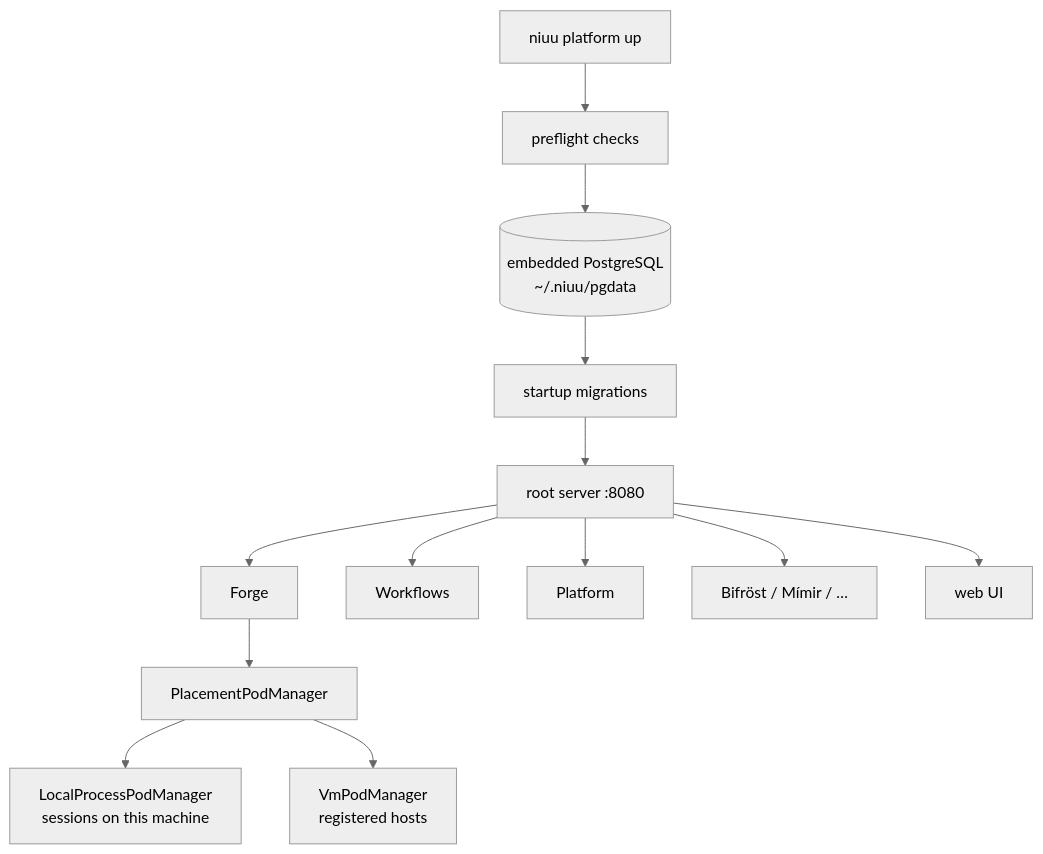
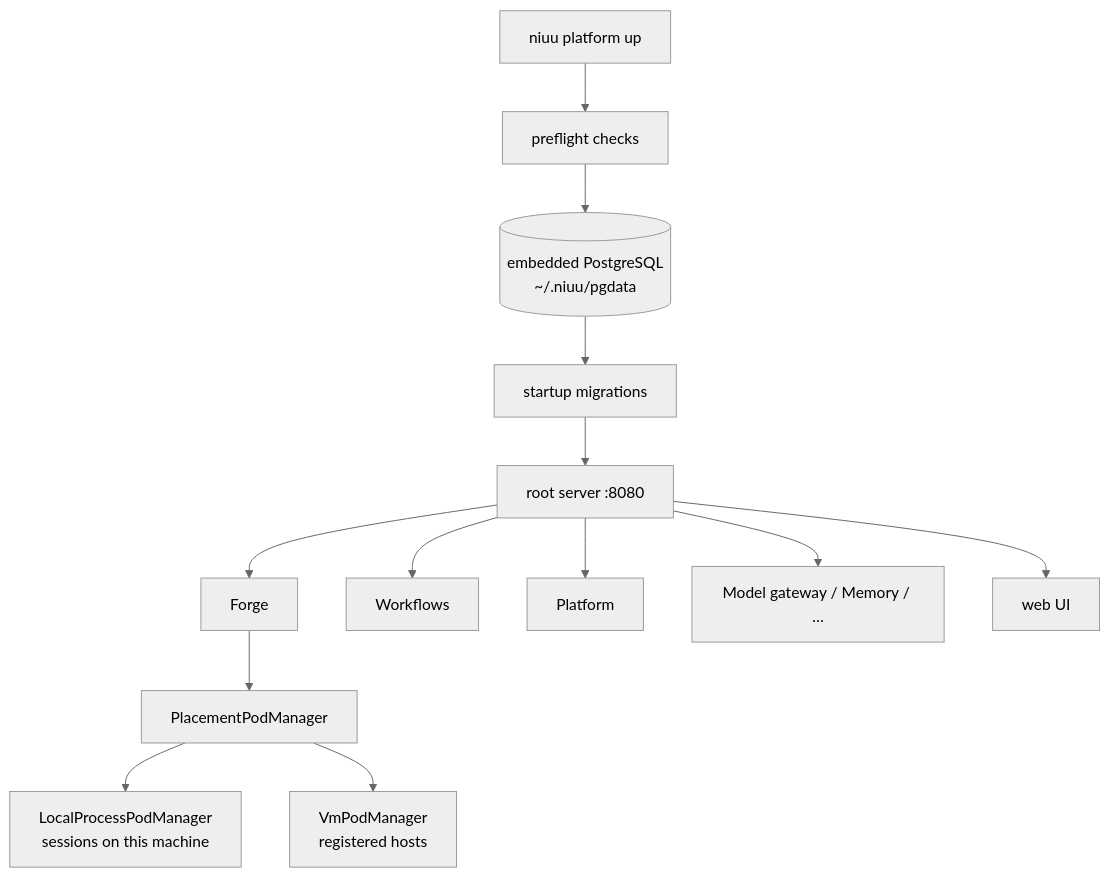
Before and after one commit to niuulabs/niuu: the diagram in docs/site/architecture/deployment/single-host.md, drawn with Mermaid (neutral theme). The commit also changed other lines of this file and 65 other files, not shown here.

````diff
--- a/docs/site/architecture/deployment/single-host.md
+++ b/docs/site/architecture/deployment/single-host.md
@@ -24,15 +24,15 @@
 ```mermaid
 flowchart TB
   CLI["niuu platform up"] --> PF["preflight checks"]
   PF --> PG[("embedded PostgreSQL<br/>~/.niuu/pgdata")]
   PG --> MIG["startup migrations"]
   MIG --> RS["root server :8080"]
   RS --> F["Forge"]
   RS --> T["Workflows"]
   RS --> G["Platform"]
-  RS --> B["Bifröst / Mímir / …"]
+  RS --> B["Model gateway / Memory / …"]
   RS --> UI["web UI"]
   F --> PM["PlacementPodManager"]
   PM --> LP["LocalProcessPodManager<br/>sessions on this machine"]
   PM --> VM["VmPodManager<br/>registered hosts"]
 ```
````
